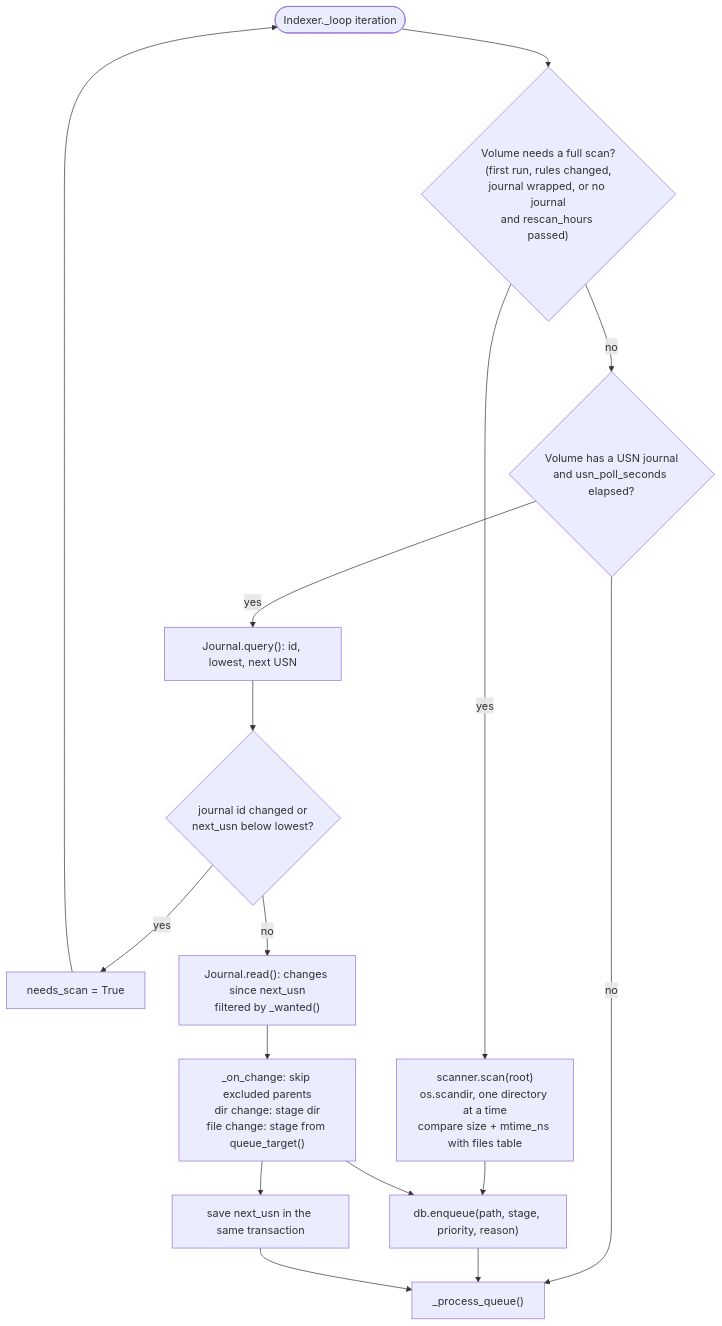
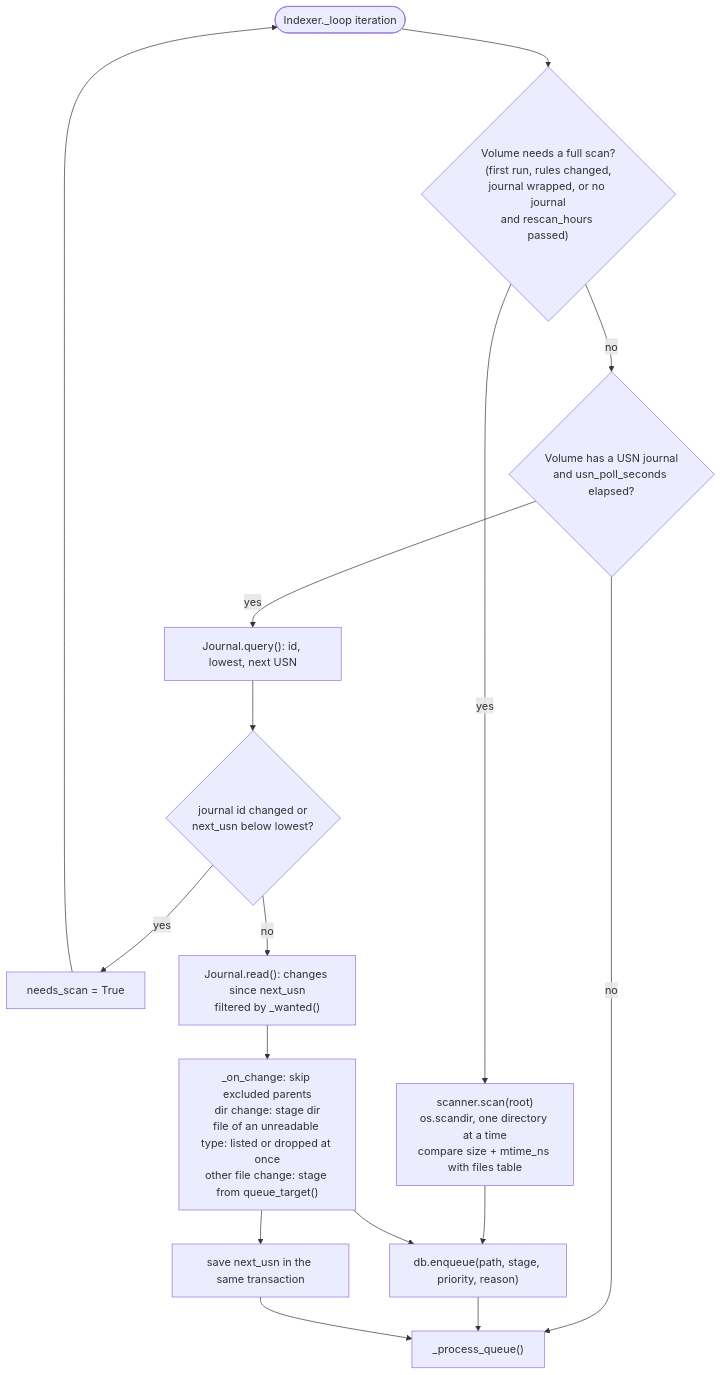
One commit to igrowing/sindex changed the seventh of 16 diagrams in architecture.md. Above: the diagram before and after it, drawn with Mermaid. The commit also changed other lines of this file, not shown here.

````diff
--- a/architecture.md
+++ b/architecture.md
@@ -547,18 +574,18 @@
 ```mermaid
 flowchart TD
     start(["Indexer._loop iteration"]) --> fs{"Volume needs a full scan?<br/>(first run, rules changed,<br/>journal wrapped, or no journal<br/>and rescan_hours passed)"}
     fs -->|yes| scan["scanner.scan(root)<br/>os.scandir, one directory at a time<br/>compare size + mtime_ns with files table"]
     scan --> enq["db.enqueue(path, stage, priority, reason)"]
     fs -->|no| poll{"Volume has a USN journal<br/>and usn_poll_seconds elapsed?"}
     poll -->|yes| q["Journal.query(): id, lowest, next USN"]
     q --> wrap{"journal id changed or<br/>next_usn below lowest?"}
     wrap -->|yes| flag["needs_scan = True"]
     wrap -->|no| read["Journal.read(): changes since next_usn<br/>filtered by _wanted()"]
-    read --> chg["_on_change: skip excluded parents<br/>dir change: stage dir<br/>file change: stage from queue_target()"]
+    read --> chg["_on_change: skip excluded parents<br/>dir change: stage dir<br/>file of an unreadable type: listed or dropped at once<br/>other file change: stage from queue_target()"]
     chg --> enq
     chg --> save["save next_usn in the same transaction"]
     poll -->|no| qproc
     enq --> qproc["_process_queue()"]
     flag --> start
     save --> qproc
 ```
````
